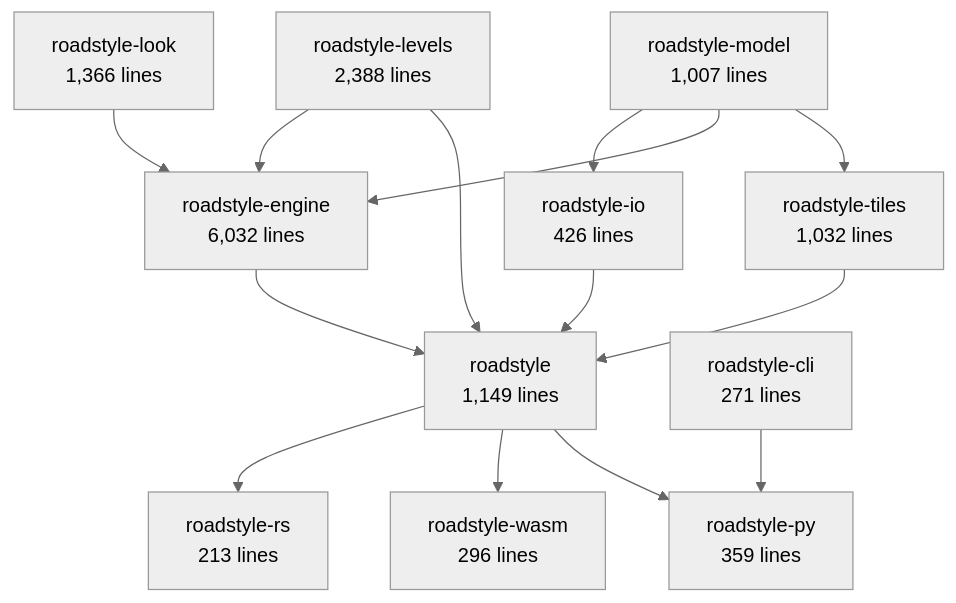
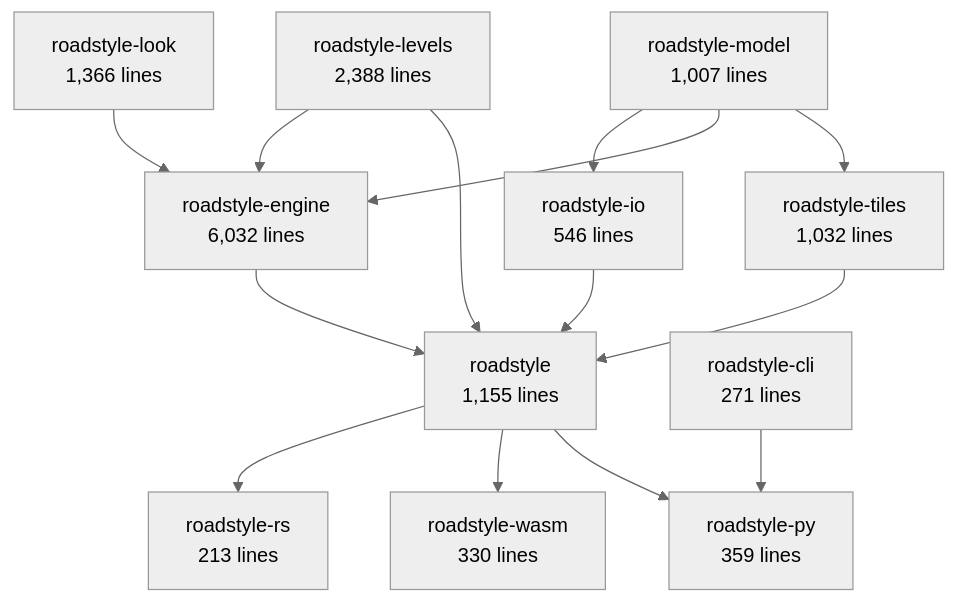
One commit to Khoshkhah/roadstyle changed the second of 6 diagrams in docs/rust/architecture.md. Above: the diagram before and after it, drawn with Mermaid (neutral theme). The commit also changed other lines of this file and 7 other files, not shown here.

````diff
--- a/docs/rust/architecture.md
+++ b/docs/rust/architecture.md
@@ -69,27 +69,27 @@
 ```mermaid
 flowchart TB
     roadstyle_model["roadstyle-model<br/>1,007 lines"]
     roadstyle_look["roadstyle-look<br/>1,366 lines"]
-    roadstyle_io["roadstyle-io<br/>426 lines"]
+    roadstyle_io["roadstyle-io<br/>546 lines"]
     roadstyle_levels["roadstyle-levels<br/>2,388 lines"]
     roadstyle_engine["roadstyle-engine<br/>6,032 lines"]
     roadstyle_tiles["roadstyle-tiles<br/>1,032 lines"]
-    roadstyle["roadstyle<br/>1,149 lines"]
+    roadstyle["roadstyle<br/>1,155 lines"]
     roadstyle_rs["roadstyle-rs<br/>213 lines"]
-    roadstyle_wasm["roadstyle-wasm<br/>296 lines"]
+    roadstyle_wasm["roadstyle-wasm<br/>330 lines"]
     roadstyle_py["roadstyle-py<br/>359 lines"]
     roadstyle_cli["roadstyle-cli<br/>271 lines"]
     roadstyle_model --> roadstyle_io
     roadstyle_levels --> roadstyle_engine
     roadstyle_look --> roadstyle_engine
     roadstyle_model --> roadstyle_engine
     roadstyle_model --> roadstyle_tiles
     roadstyle_engine --> roadstyle
     roadstyle_io --> roadstyle
     roadstyle_levels --> roadstyle
     roadstyle_tiles --> roadstyle
     roadstyle --> roadstyle_rs
     roadstyle --> roadstyle_wasm
     roadstyle --> roadstyle_py
     roadstyle_cli --> roadstyle_py
 ```
````
